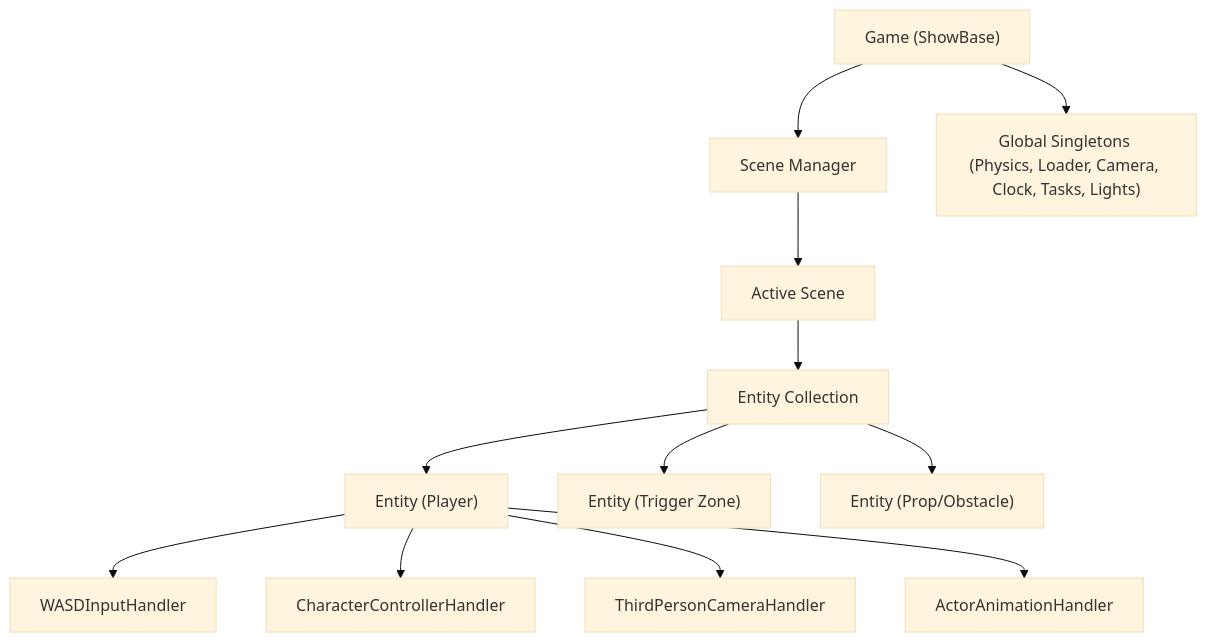
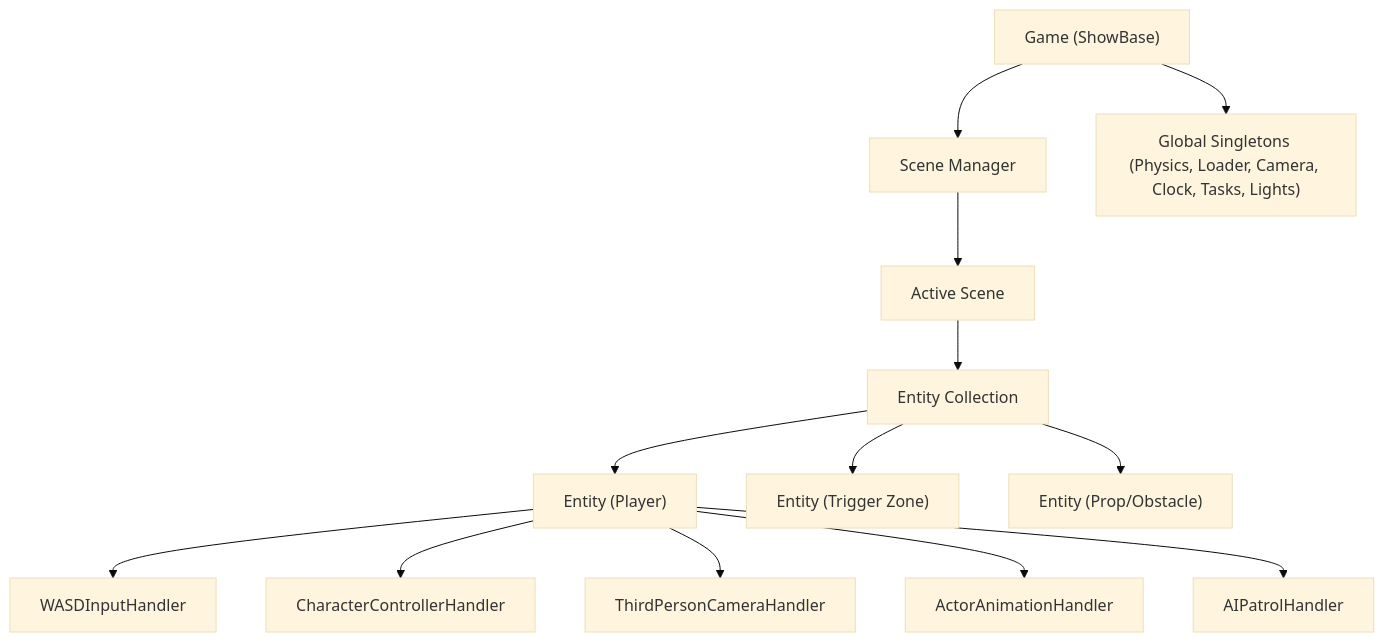
Before and after one commit to marcosdima/panda: the diagram in docs/architecture.md, drawn with Mermaid (base theme). The commit also changed other lines of this file and 29 other files, not shown here.

````diff
--- a/docs/architecture.md
+++ b/docs/architecture.md
@@ -7,17 +5,18 @@
 ```mermaid
 graph TD
     Game["Game (ShowBase)"] --> SceneManager["Scene Manager"]
     Game --> Globals["Global Singletons (Physics, Loader, Camera, Clock, Tasks, Lights)"]
-    
+
     SceneManager --> ActiveScene["Active Scene"]
     ActiveScene --> EntityPool["Entity Collection"]
-    
+
     EntityPool --> E1["Entity (Player)"]
     EntityPool --> E2["Entity (Trigger Zone)"]
     EntityPool --> E3["Entity (Prop/Obstacle)"]
-    
+
     E1 --> H1["WASDInputHandler"]
     E1 --> H2["CharacterControllerHandler"]
     E1 --> H3["ThirdPersonCameraHandler"]
     E1 --> H4["ActorAnimationHandler"]
+    E1 --> H5["AIPatrolHandler"]
 ```
````
